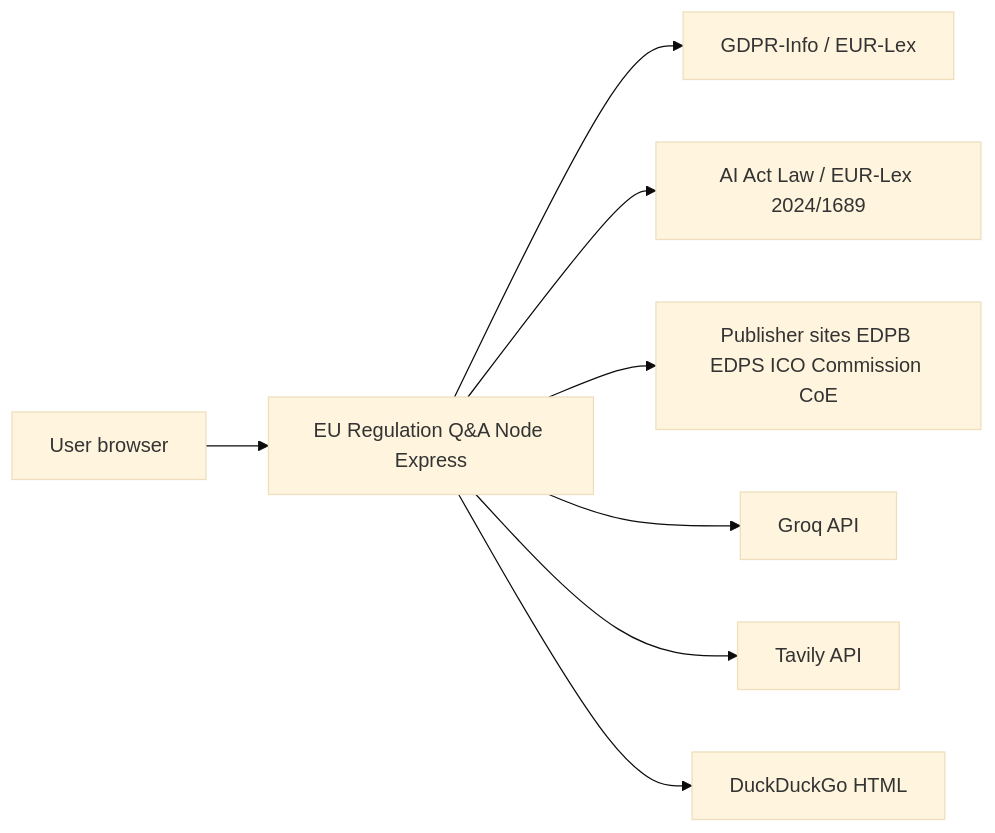
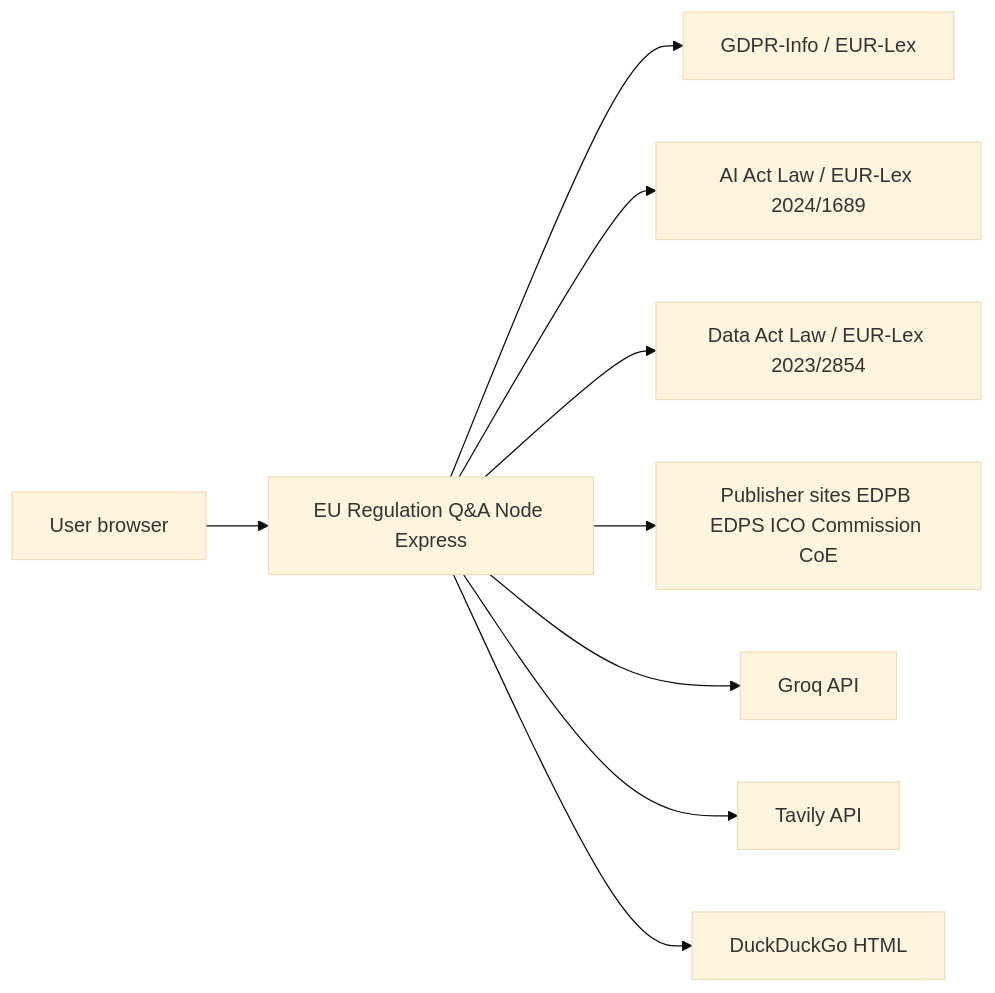
Before and after one commit to RifqiMT/gdpr-qa-platform: the first of 4 diagrams in docs/ARCHITECTURE.md, drawn with Mermaid (base theme). The commit also changed other lines of this file and 36 other files, not shown here.

````diff
--- a/docs/ARCHITECTURE.md
+++ b/docs/ARCHITECTURE.md
@@ -8,19 +8,21 @@
 ```mermaid
 flowchart LR
   user[User browser]
   app[EU Regulation Q&A Node Express]
   gdprSrc[GDPR-Info / EUR-Lex]
   aiSrc[AI Act Law / EUR-Lex 2024/1689]
+  daSrc[Data Act Law / EUR-Lex 2023/2854]
   news[Publisher sites EDPB EDPS ICO Commission CoE]
   groq[Groq API]
   tavily[Tavily API]
   ddg[DuckDuckGo HTML]
 
   user --> app
   app --> gdprSrc
   app --> aiSrc
+  app --> daSrc
   app --> news
   app --> groq
   app --> tavily
   app --> ddg
 ```
````
